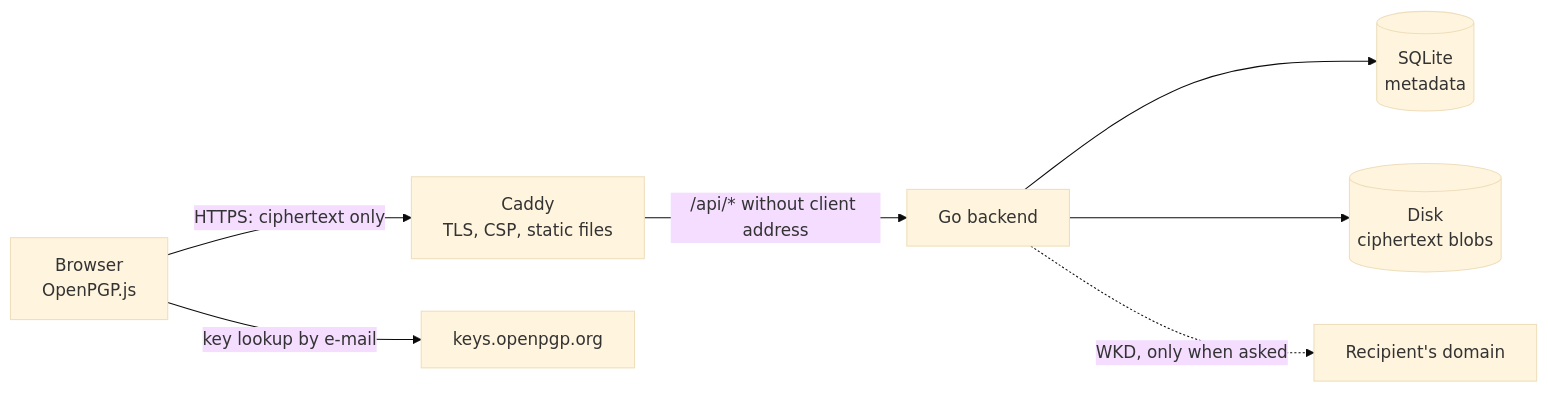
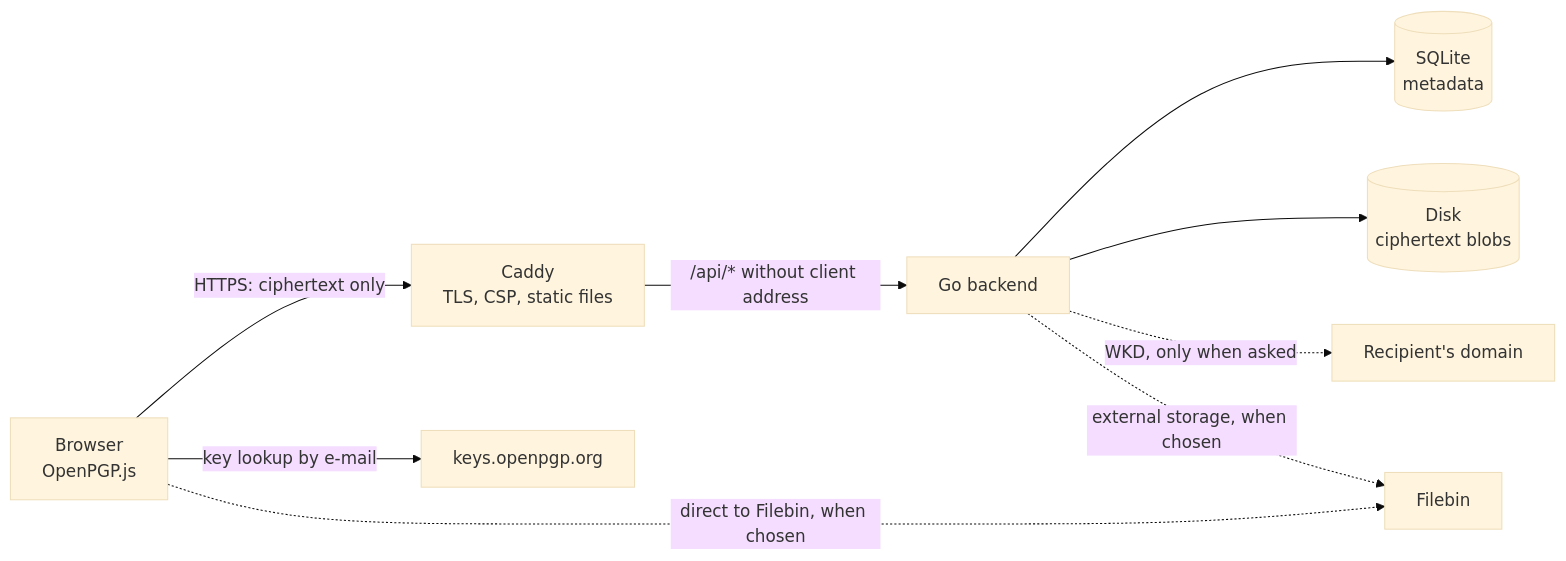
One commit to FileBunny/filebunny changed the diagram in docs/architecture.md. Above: the diagram before and after it, drawn with Mermaid (base theme). The commit also changed other lines of this file and 17 other files, not shown here.

````diff
--- a/docs/architecture.md
+++ b/docs/architecture.md
@@ -5,9 +5,11 @@
 ```mermaid
 flowchart LR
     B[Browser<br/>OpenPGP.js] -- "HTTPS: ciphertext only" --> C[Caddy<br/>TLS, CSP, static files]
     C -- "/api/* without client address" --> G[Go backend]
     G --> D[(SQLite<br/>metadata)]
     G --> F[(Disk<br/>ciphertext blobs)]
     B -- "key lookup by e-mail" --> K[keys.openpgp.org]
     G -. "WKD, only when asked" .-> W[Recipient's domain]
+    G -. "external storage, when chosen" .-> X[Filebin]
+    B -. "direct to Filebin, when chosen" .-> X
 ```
````
